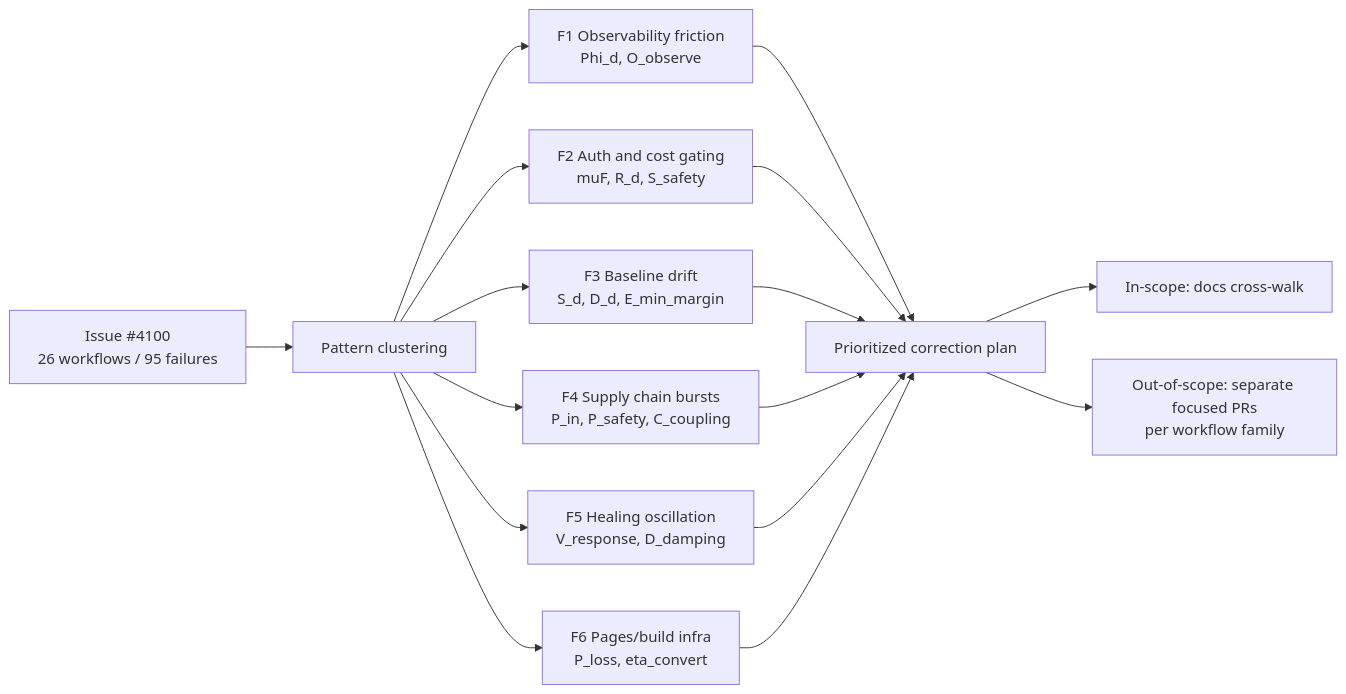
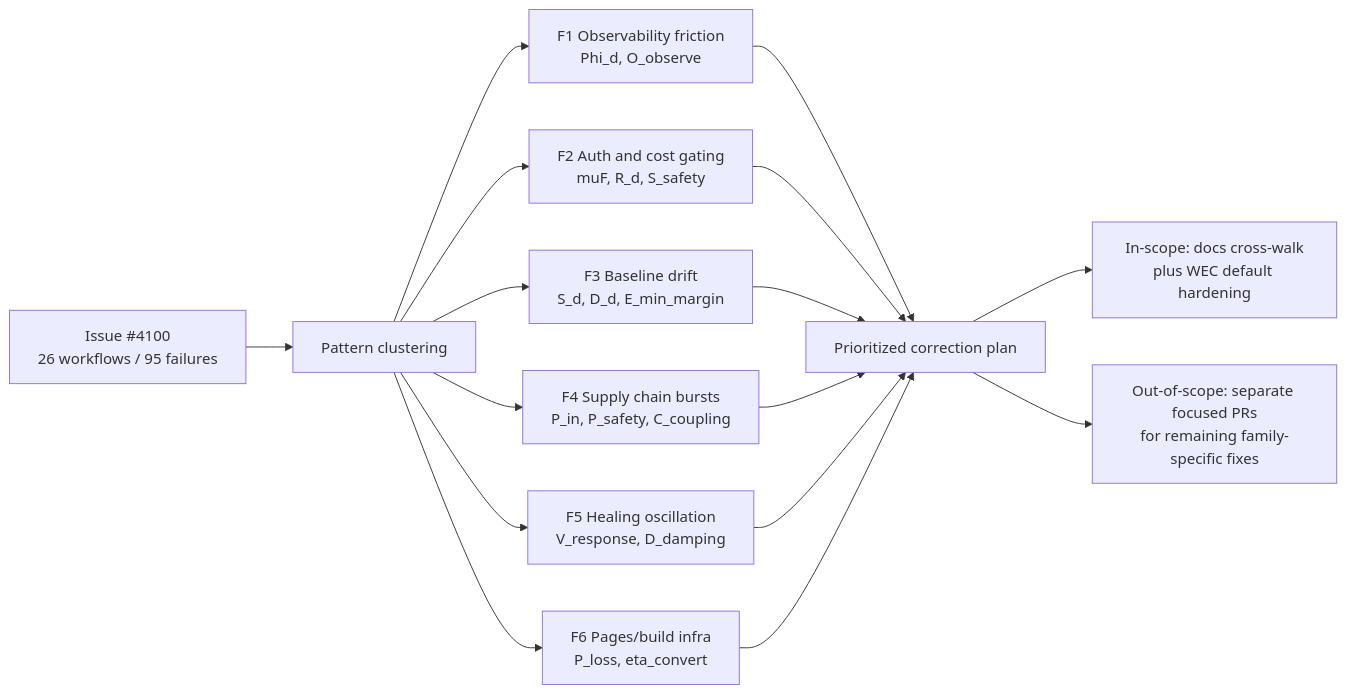
One commit to Aries-Serpent/_codex_ changed the diagram in docs/deep_research/2026_04_27/13_ci_failure_triage_crosswalk.md. Above: the diagram before and after it, drawn with Mermaid. The commit also changed other lines of this file and 11 other files, not shown here.

````diff
--- a/docs/deep_research/2026_04_27/13_ci_failure_triage_crosswalk.md
+++ b/docs/deep_research/2026_04_27/13_ci_failure_triage_crosswalk.md
@@ -58,18 +58,18 @@
 ```mermaid
 flowchart LR
     Issue[Issue #4100<br/>26 workflows / 95 failures] --> Cluster[Pattern clustering]
     Cluster --> F1[F1 Observability friction<br/>Phi_d, O_observe]
     Cluster --> F2[F2 Auth and cost gating<br/>muF, R_d, S_safety]
     Cluster --> F3[F3 Baseline drift<br/>S_d, D_d, E_min_margin]
     Cluster --> F4[F4 Supply chain bursts<br/>P_in, P_safety, C_coupling]
     Cluster --> F5[F5 Healing oscillation<br/>V_response, D_damping]
     Cluster --> F6[F6 Pages/build infra<br/>P_loss, eta_convert]
     F1 --> Plan[Prioritized correction plan]
     F2 --> Plan
     F3 --> Plan
     F4 --> Plan
     F5 --> Plan
     F6 --> Plan
-    Plan --> ScopeIn[In-scope: docs cross-walk]
-    Plan --> ScopeOut[Out-of-scope: separate focused PRs<br/>per workflow family]
+    Plan --> ScopeIn[In-scope: docs cross-walk<br/>plus WEC default hardening]
+    Plan --> ScopeOut[Out-of-scope: separate focused PRs<br/>for remaining family-specific fixes]
 ```
````
